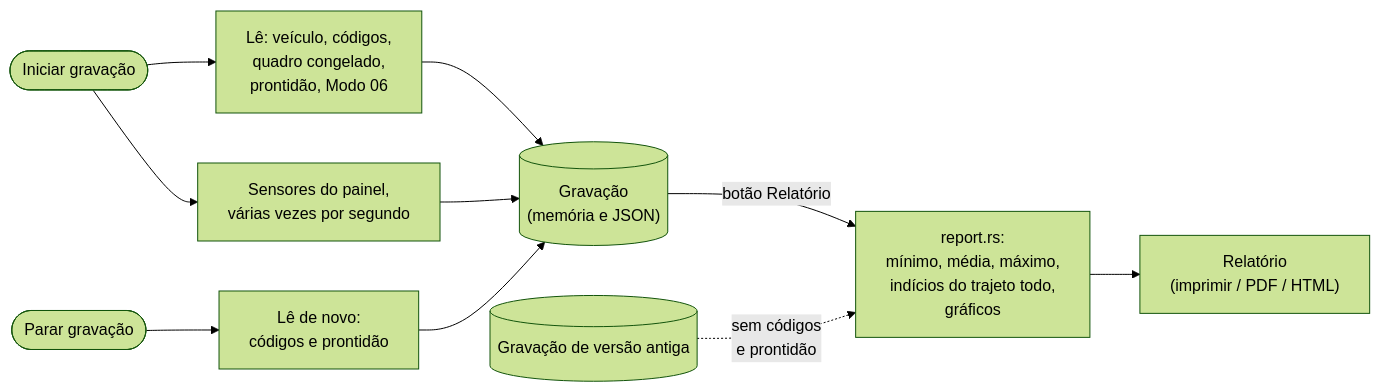
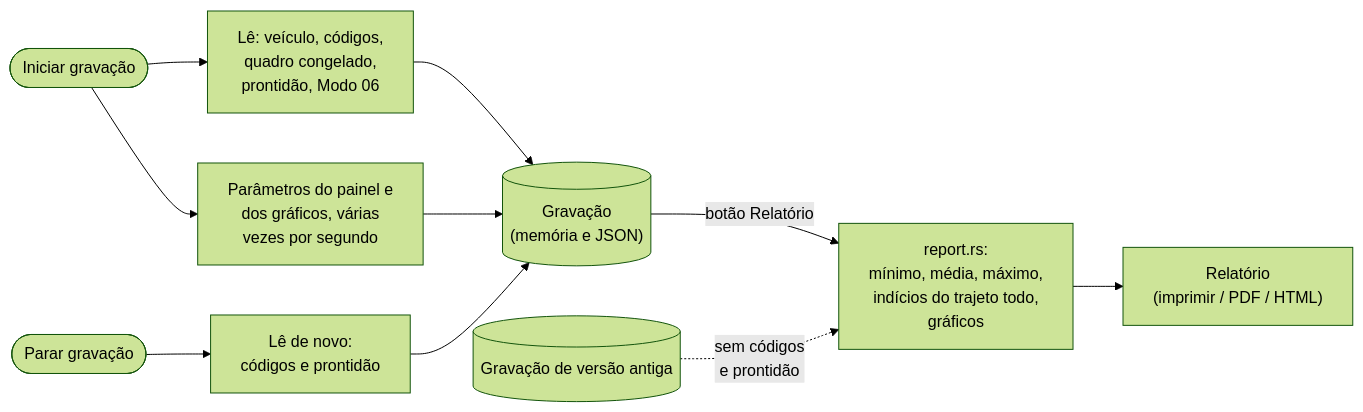
Diagram 14 of 16 in docs/DIAGRAMAS.md (samuvieceli/obd2-scanner), drawn with Mermaid (forest theme) before and after one commit. The commit also changed other lines of this file and 5 other files, not shown here.

````diff
--- a/docs/DIAGRAMAS.md
+++ b/docs/DIAGRAMAS.md
@@ -367,10 +392,10 @@
 ```mermaid
 flowchart LR
     start(["Iniciar gravação"]) --> snap1["Lê: veículo, códigos,<br/>quadro congelado,<br/>prontidão, Modo 06"]
-    start --> frames["Sensores do painel,<br/>várias vezes por segundo"]
+    start --> frames["Parâmetros do painel e<br/>dos gráficos, várias<br/>vezes por segundo"]
     stop(["Parar gravação"]) --> snap2["Lê de novo:<br/>códigos e prontidão"]
     snap1 & frames & snap2 --> rec[("Gravação<br/>(memória e JSON)")]
     rec -- "botão Relatório" --> sum["report.rs:<br/>mínimo, média, máximo,<br/>indícios do trajeto todo,<br/>gráficos"]
     sum --> html["Relatório<br/>(imprimir / PDF / HTML)"]
     old[("Gravação de versão antiga")] -. "sem códigos<br/>e prontidão" .-> sum
 ```
````
